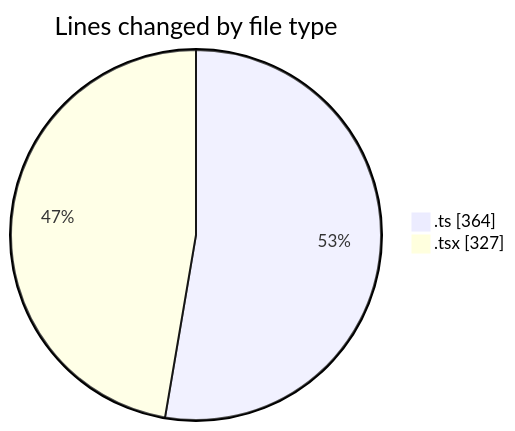
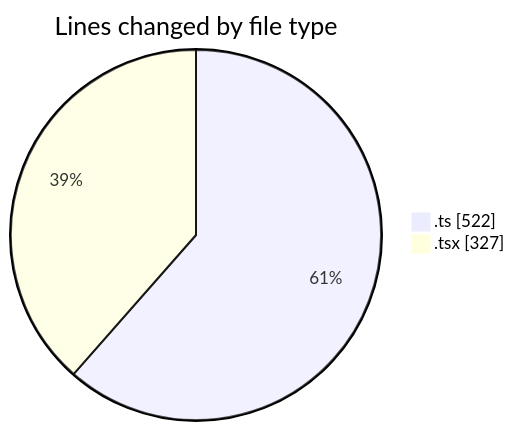
Before and after one commit to momahboobian/code-tracking: the first of 2 diagrams in 2025-09-02/cda/README.md, drawn with Mermaid. The commit also changed other lines of this file and 1 other file, not shown here.

````diff
--- a/2025-09-02/cda/README.md
+++ b/2025-09-02/cda/README.md
@@ -27,6 +27,6 @@
 ```mermaid
 pie showData
 title Lines changed by file type
-".ts" : 364
+".ts" : 522
 ".tsx" : 327
 ```
````
